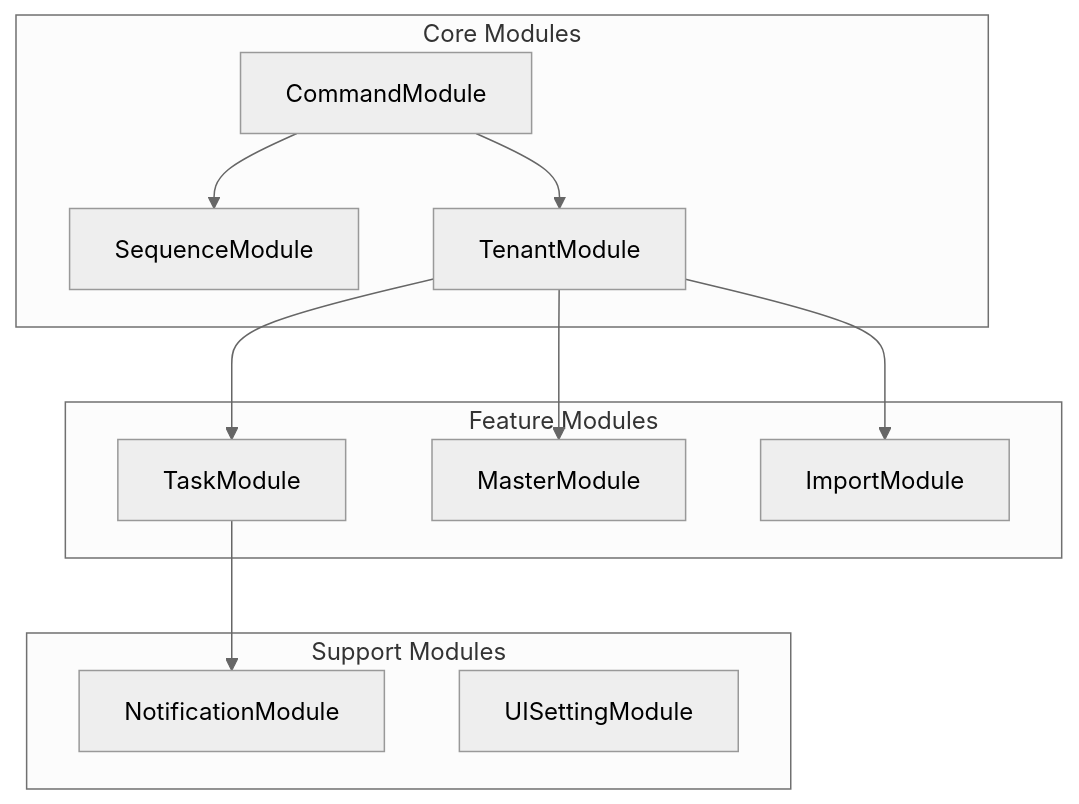
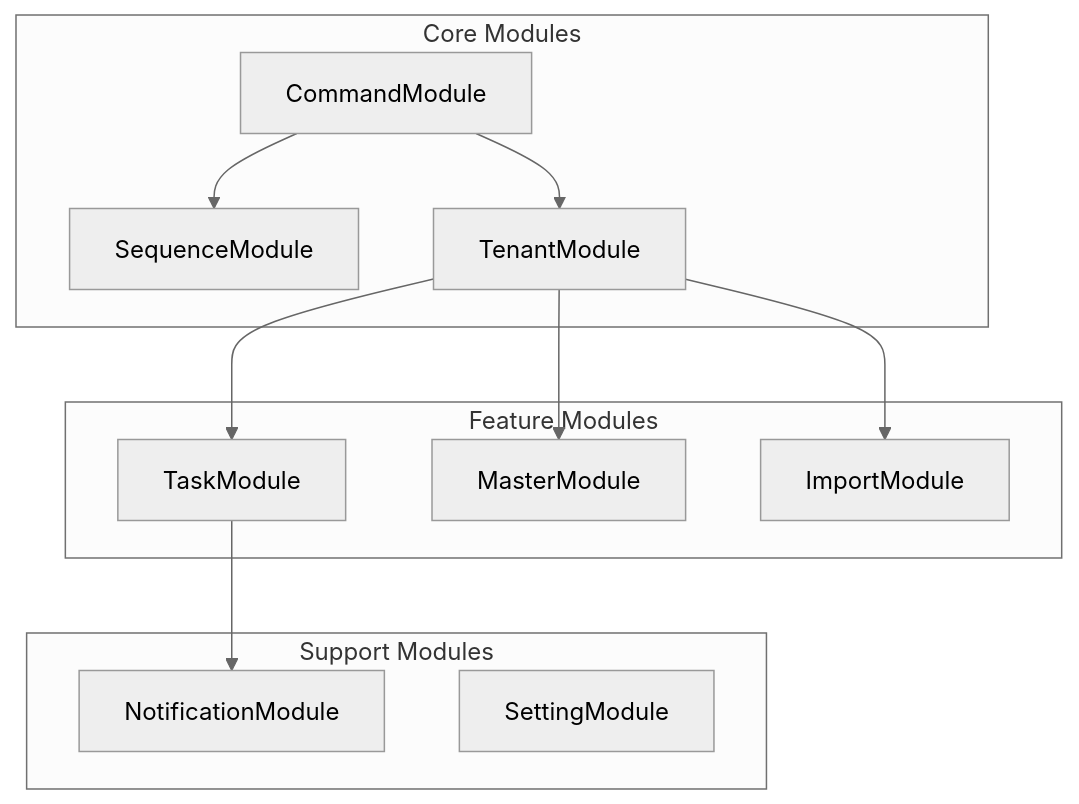
Before and after one commit to mbc-net/mbc-cqrs-serverless-doc: the diagram in i18n/en/docusaurus-plugin-content-docs/current/api-reference.md, drawn with Mermaid (neutral theme). The commit also changed other lines of this file and 19 other files, not shown here.

````diff
--- a/i18n/en/docusaurus-plugin-content-docs/current/api-reference.md
+++ b/i18n/en/docusaurus-plugin-content-docs/current/api-reference.md
@@ -11,26 +11,26 @@
 ```mermaid
 graph TB
     subgraph "Core Modules"
         A["CommandModule"]
         B["SequenceModule"]
         C["TenantModule"]
     end
 
     subgraph "Feature Modules"
         D["TaskModule"]
         E["MasterModule"]
         F["ImportModule"]
     end
 
     subgraph "Support Modules"
         G["NotificationModule"]
-        H["UISettingModule"]
+        H["SettingModule"]
     end
 
     A --> B
     A --> C
     C --> D
     C --> E
     C --> F
     D --> G
 ```
````
